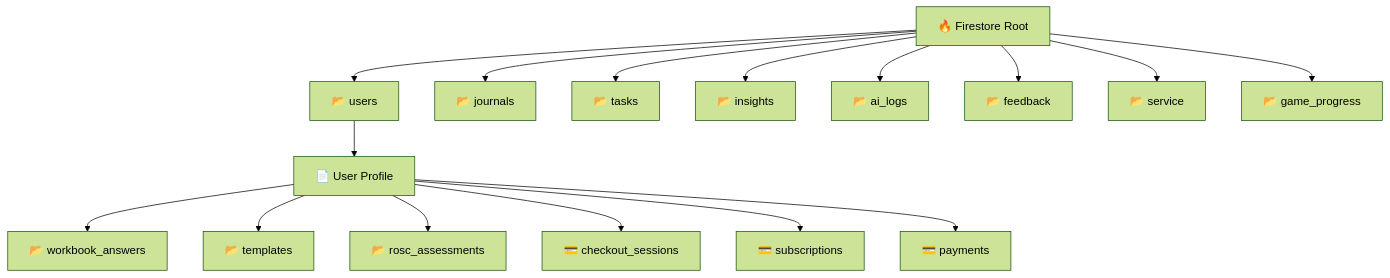
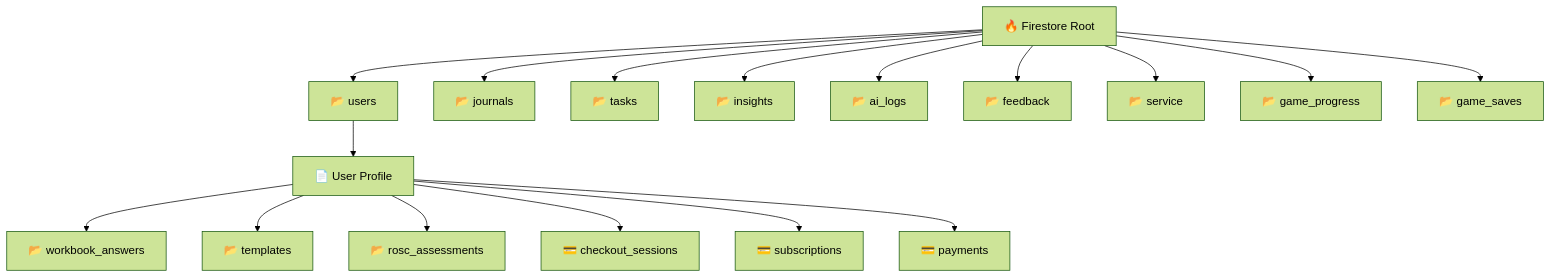
Before and after one commit to rpdouglas/MRT2: the diagram in docs/SCHEMA_ARCHITECTURE.md, drawn with Mermaid (forest theme). The commit also changed other lines of this file and 5 other files, not shown here.

````diff
--- a/docs/SCHEMA_ARCHITECTURE.md
+++ b/docs/SCHEMA_ARCHITECTURE.md
@@ -8,21 +8,22 @@
 ```mermaid
 graph TD
     root[🔥 Firestore Root]
 
     root --> users[📂 users]
     users --> userDoc[📄 User Profile]
     userDoc --> workbook_answers[📂 workbook_answers]
     userDoc --> templates[📂 templates]
     userDoc --> rosc_assessments[📂 rosc_assessments]
     userDoc --> checkout_sessions[💳 checkout_sessions]
     userDoc --> subscriptions[💳 subscriptions]
     userDoc --> payments[💳 payments]
 
     root --> journals[📂 journals]
     root --> tasks[📂 tasks]
     root --> insights[📂 insights]
     root --> ai_logs[📂 ai_logs]
     root --> feedback[📂 feedback]
     root --> service[📂 service]
     root --> game_progress[📂 game_progress]
+    root --> game_saves[📂 game_saves]
 ```
````
